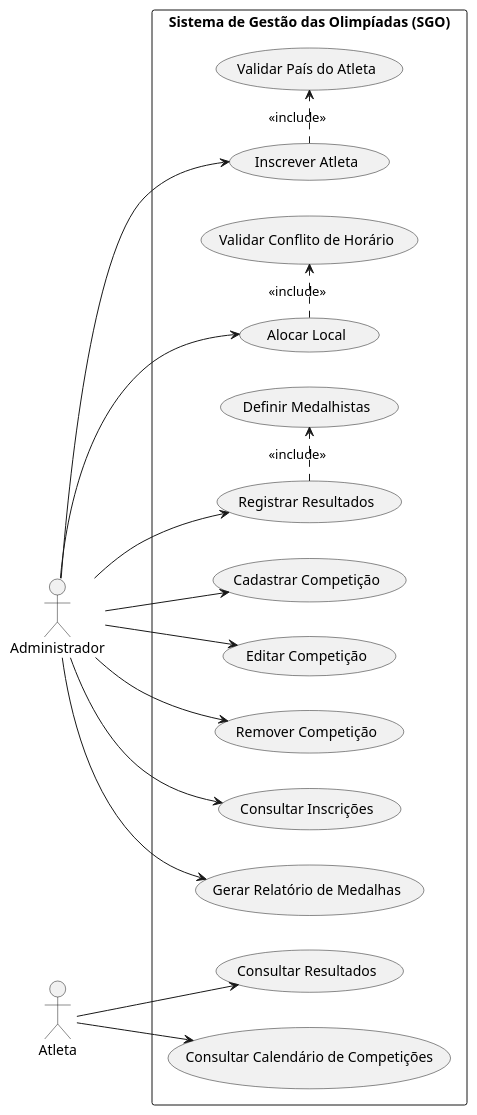
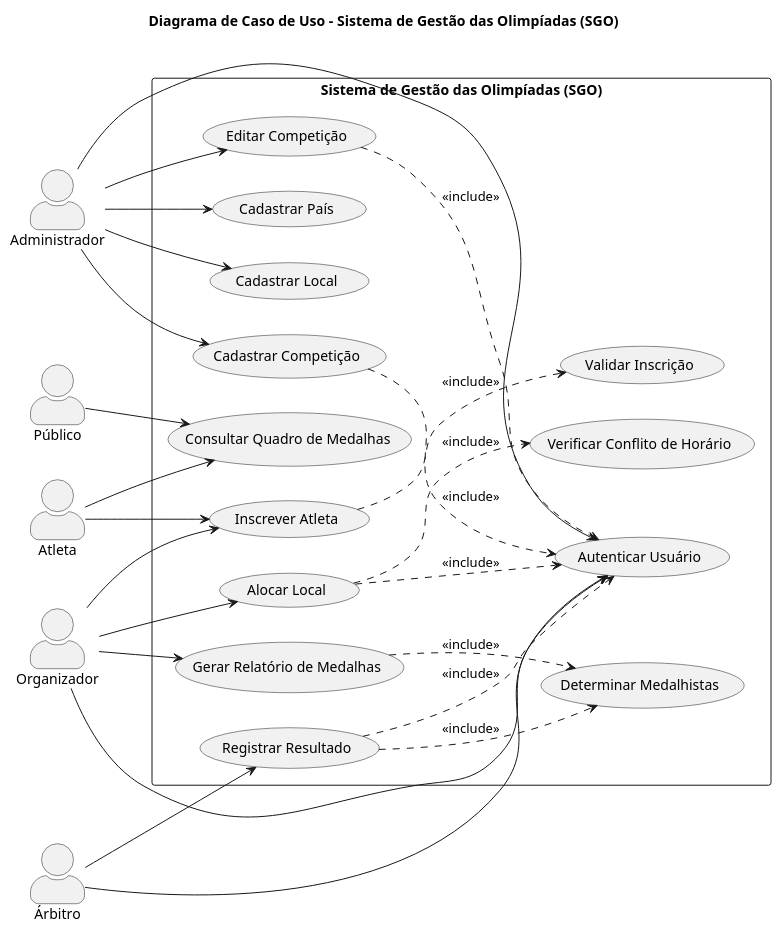
Before and after one commit to mthsz-dm/sistema-gestao-olimpiadas: the diagram in codigos/diagrama-de-caso-de-uso.puml, drawn with PlantUML. The commit also changed 1 other file, not shown here.

Commit message:
Casos de uso v2.0

```diff
--- a/codigos/diagrama-de-caso-de-uso.puml
+++ b/codigos/diagrama-de-caso-de-uso.puml
@@ -1,49 +1,64 @@
-@startuml
+@startuml diagrama-de-caso-de-uso
 left to right direction
+skinparam packageStyle rectangle
+skinparam actorStyle awesome
+title Diagrama de Caso de Uso - Sistema de Gestão das Olimpíadas (SGO)
 
-actor Administrador
-actor Atleta
+actor "Administrador" as Admin
+actor "Organizador" as Org
+actor "Árbitro" as Arb
+actor "Atleta" as Atl
+actor "Público" as Pub
 
 rectangle "Sistema de Gestão das Olimpíadas (SGO)" {
 
-    usecase "Cadastrar Competição" as UC1
-    usecase "Editar Competição" as UC2
-    usecase "Remover Competição" as UC3
-
-    usecase "Inscrever Atleta" as UC4
-    usecase "Consultar Inscrições" as UC5
-    usecase "Validar País do Atleta" as UC6
-
-    usecase "Alocar Local" as UC7
-    usecase "Validar Conflito de Horário" as UC8
-
-    usecase "Registrar Resultados" as UC9
-    usecase "Definir Medalhistas" as UC10
-
-    usecase "Gerar Relatório de Medalhas" as UC11
-
-    usecase "Consultar Resultados" as UC12
-    usecase "Consultar Calendário de Competições" as UC13
+  usecase "Cadastrar Competição" as UC01
+  usecase "Editar Competição" as UC02
+  usecase "Inscrever Atleta" as UC03
+  usecase "Cadastrar País" as UC04
+  usecase "Cadastrar Local" as UC05
+  usecase "Alocar Local" as UC06
+  usecase "Verificar Conflito de Horário" as UC07
+  usecase "Registrar Resultado" as UC08
+  usecase "Determinar Medalhistas" as UC09
+  usecase "Gerar Relatório de Medalhas" as UC10
+  usecase "Consultar Quadro de Medalhas" as UC11
+  usecase "Autenticar Usuário" as UC12
+  usecase "Validar Inscrição" as UC13
 }
 
-Administrador --> UC1
-Administrador --> UC2
-Administrador --> UC3
+' Relações do Administrador
+Admin --> UC01
+Admin --> UC02
+Admin --> UC04
+Admin --> UC05
+Admin --> UC12
 
-Administrador --> UC4
-Administrador --> UC5
+' Relações do Organizador
+Org --> UC03
+Org --> UC06
+Org --> UC10
+Org --> UC12
 
-Administrador --> UC7
+' Relações do Árbitro
+Arb --> UC08
+Arb --> UC12
 
-Administrador --> UC9
+' Relações do Atleta
+Atl --> UC03
+Atl --> UC11
 
-Administrador --> UC11
+' Relações do Público
+Pub --> UC11
 
-Atleta --> UC12
-Atleta --> UC13
-
-UC4 .> UC6 : <<include>>
-UC7 .> UC8 : <<include>>
-UC9 .> UC10 : <<include>>
+' Relações de include/extend
+UC06 ..> UC07 : <<include>>
+UC03 ..> UC13 : <<include>>
+UC08 ..> UC09 : <<include>>
+UC10 ..> UC09 : <<include>>
+UC01 ..> UC12 : <<include>>
+UC02 ..> UC12 : <<include>>
+UC06 ..> UC12 : <<include>>
+UC08 ..> UC12 : <<include>>
 
 @enduml
```
